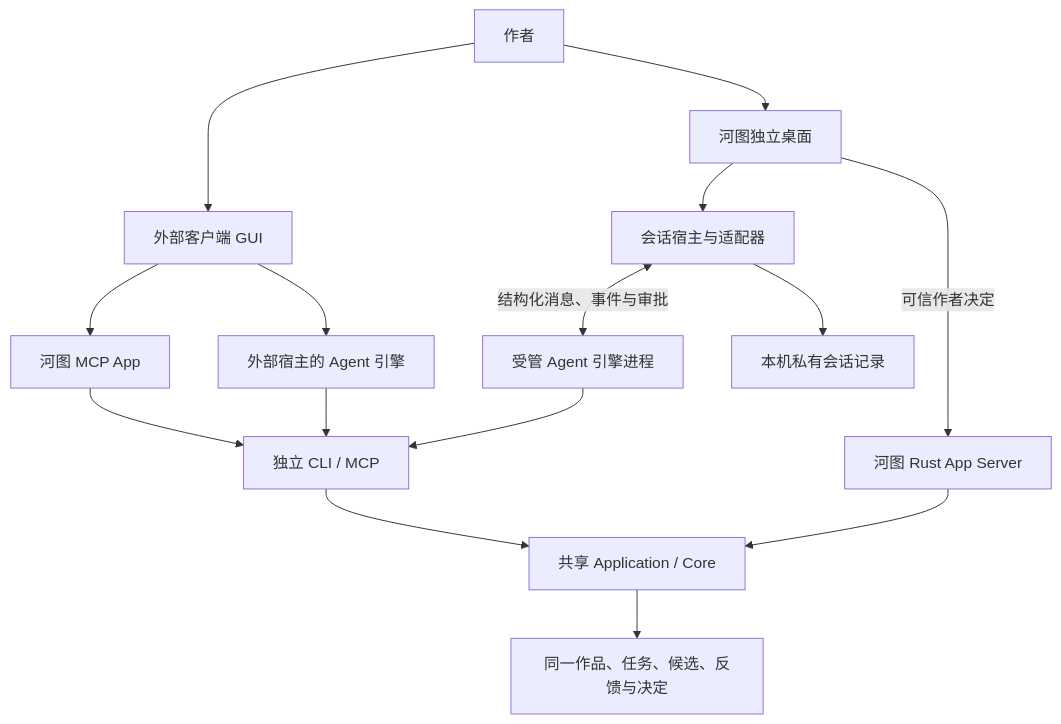
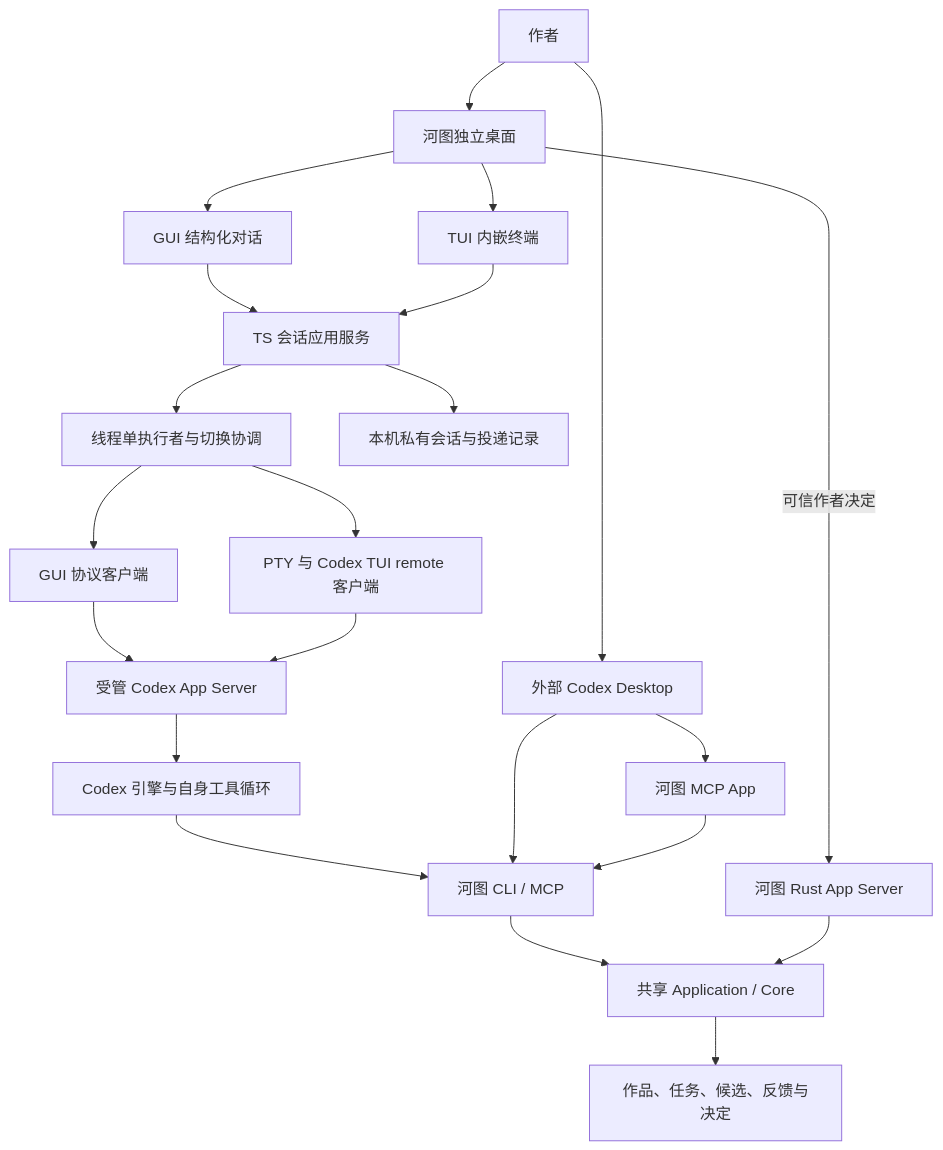
One commit to limecloud/hetu changed the fifth of 8 diagrams in docs/39-Electron与插件优先重构架构.md. Above: the diagram before and after it, drawn with Mermaid. The commit also changed other lines of this file and 1762 other files, not shown here.

````diff
--- a/docs/39-Electron与插件优先重构架构.md
+++ b/docs/39-Electron与插件优先重构架构.md
@@ -163,17 +169,24 @@
 ```mermaid
 flowchart TB
-    Author["作者"] --> External["外部客户端 GUI"]
+    Author["作者"] --> Desktop["河图独立桌面"]
+    Desktop --> GUI["GUI 结构化对话"]
+    Desktop --> TUI["TUI 内嵌终端"]
+    GUI --> Session["TS 会话应用服务"]
+    TUI --> Session
+    Session --> Lease["线程单执行者与切换协调"]
+    Lease --> RPC["GUI 协议客户端"]
+    Lease --> PTY["PTY 与 Codex TUI remote 客户端"]
+    RPC --> Shared["受管 Codex App Server"]
+    PTY --> Shared
+    Shared --> Engine["Codex 引擎与自身工具循环"]
+    Engine --> Machine["河图 CLI / MCP"]
+    Author --> External["外部 Codex Desktop"]
     External --> App["河图 MCP App"]
-    External --> ExternalEngine["外部宿主的 Agent 引擎"]
-    Author --> Desktop["河图独立桌面"]
-    Desktop --> Sessions["会话宿主与适配器"]
-    Sessions <-->|"结构化消息、事件与审批"| Engine["受管 Agent 引擎进程"]
-    App --> Machine["独立 CLI / MCP"]
-    ExternalEngine --> Machine
-    Engine --> Machine
+    External --> Machine
+    App --> Machine
     Machine --> Core["共享 Application / Core"]
     Desktop -->|"可信作者决定"| Server["河图 Rust App Server"]
     Server --> Core
-    Core --> Facts["同一作品、任务、候选、反馈与决定"]
-    Sessions --> Journal["本机私有会话记录"]
+    Core --> Facts["作品、任务、候选、反馈与决定"]
+    Session --> Journal["本机私有会话与投递记录"]
 ```
````
